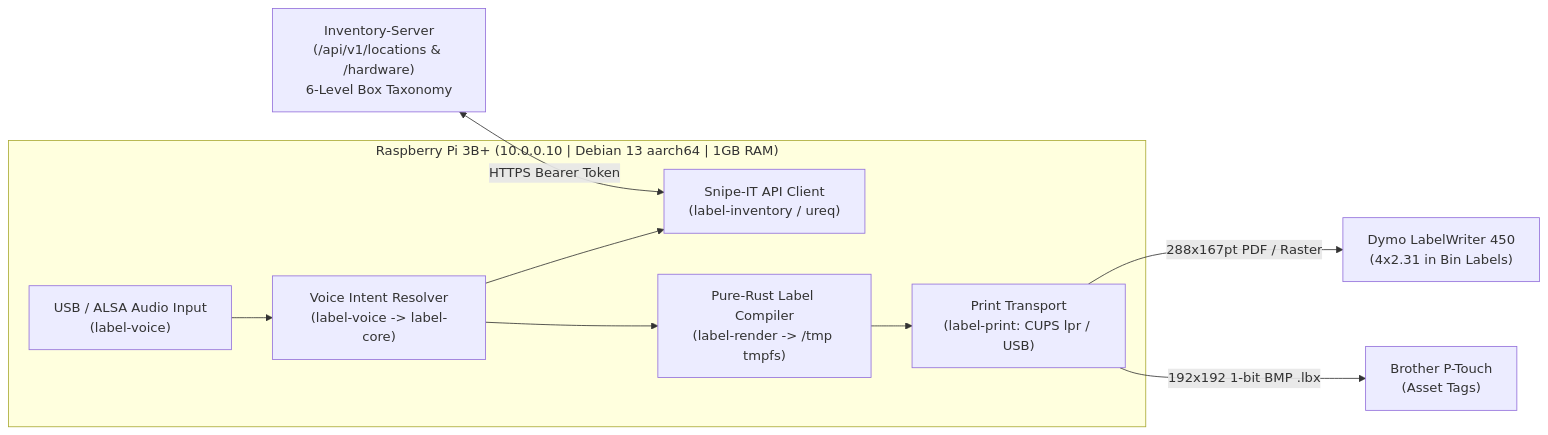
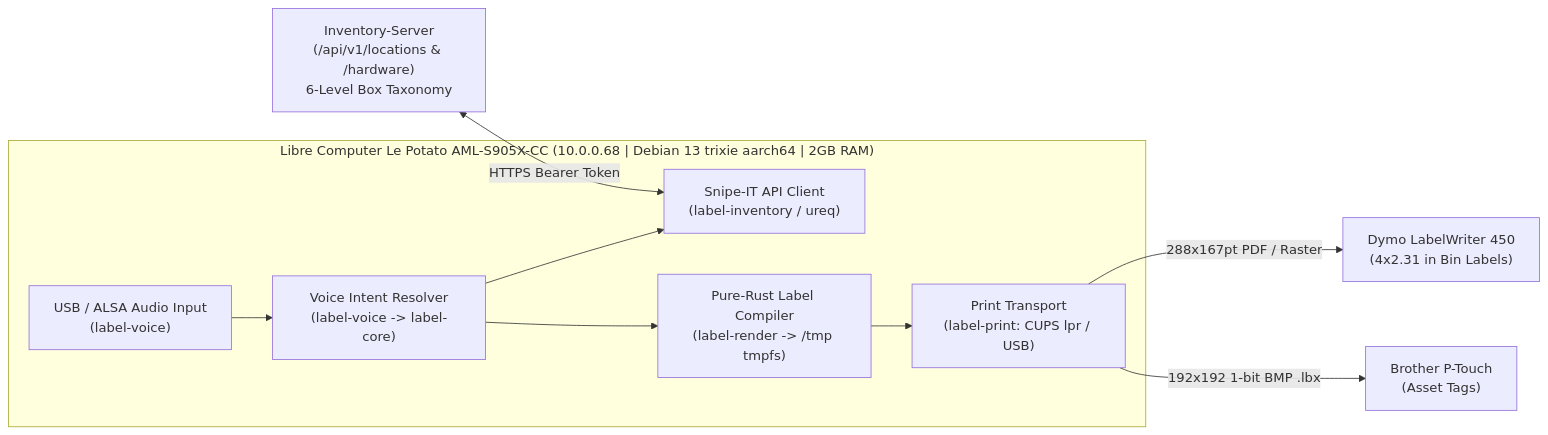
The diagram in README.md (Mr-Molina/Label-Agent), drawn with Mermaid before and after one commit. The commit also changed other lines of this file and 11 other files, not shown here.

Commit message:
feat(target): retarget Label-Agent to Libre Computer AML-S905X-CC Le Potato (sbc-lepotato / 10.0.0.68)

````diff
--- a/README.md
+++ b/README.md
@@ -11,13 +11,13 @@
 ```mermaid
 flowchart LR
-    subgraph Pi3B ["Raspberry Pi 3B+ (10.0.0.10 | Debian 13 aarch64 | 1GB RAM)"]
+    subgraph LePotato ["Libre Computer Le Potato AML-S905X-CC (10.0.0.68 | Debian 13 trixie aarch64 | 2GB RAM)"]
         Mic["USB / ALSA Audio Input<br/>(label-voice)"] --> Intent["Voice Intent Resolver<br/>(label-voice -> label-core)"]
         Intent --> InvClient["Snipe-IT API Client<br/>(label-inventory / ureq)"]
         Intent --> Renderer["Pure-Rust Label Compiler<br/>(label-render -> /tmp tmpfs)"]
         Renderer --> Spooler["Print Transport<br/>(label-print: CUPS lpr / USB)"]
     end
 
     InvServer["Inventory-Server<br/>(/api/v1/locations & /hardware)<br/>6-Level Box Taxonomy"] <-->|"HTTPS Bearer Token"| InvClient
     Spooler -->|"288x167pt PDF / Raster"| Dymo["Dymo LabelWriter 450<br/>(4x2.31 in Bin Labels)"]
     Spooler -->|"192x192 1-bit BMP .lbx"| Brother["Brother P-Touch<br/>(Asset Tags)"]
 ```
````
